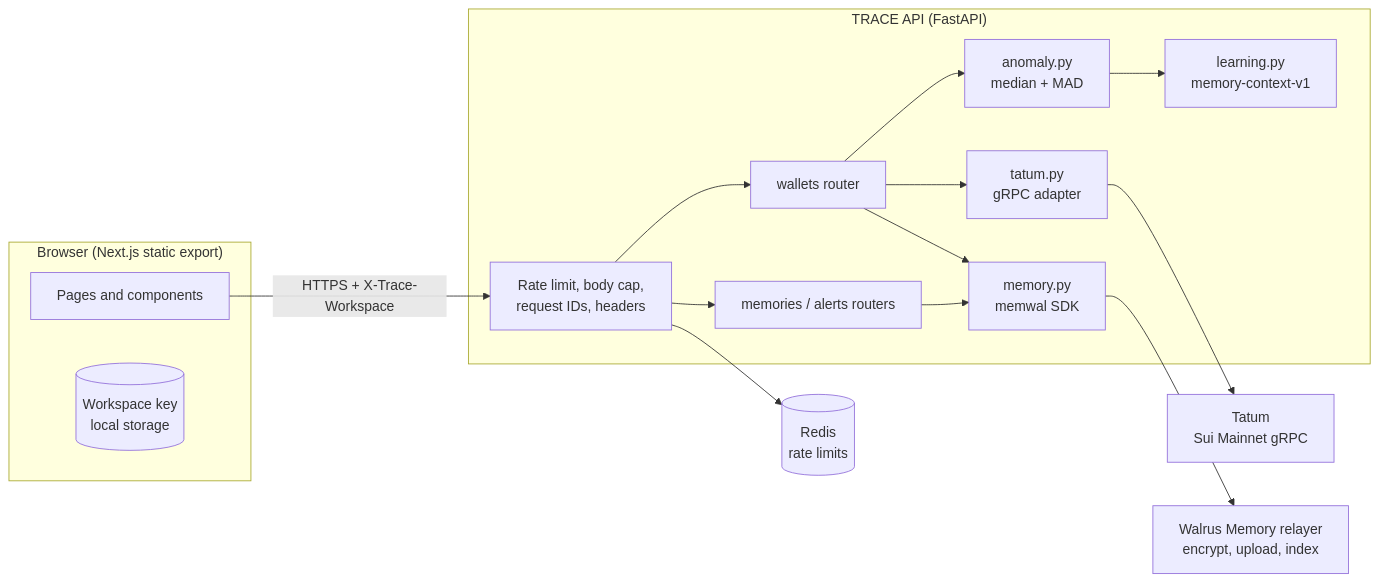
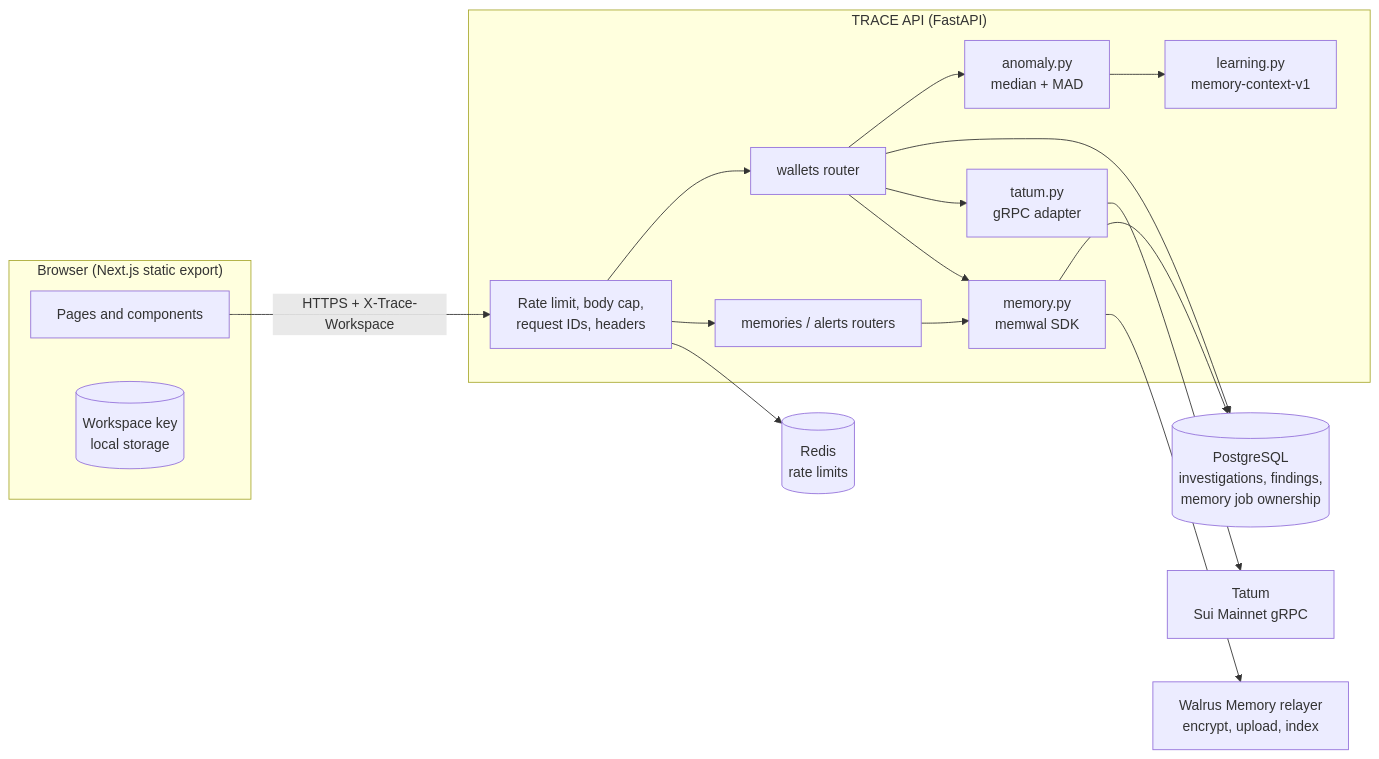
The diagram in README.md (opeblow/TRACE), drawn with Mermaid before and after one commit. The commit also changed other lines of this file, not shown here.

````diff
--- a/README.md
+++ b/README.md
@@ -80,26 +81,29 @@
 ```mermaid
 flowchart LR
   subgraph Browser["Browser (Next.js static export)"]
     UI[Pages and components]
     WS[(Workspace key<br/>local storage)]
   end
   subgraph API["TRACE API (FastAPI)"]
     MW[Rate limit, body cap,<br/>request IDs, headers]
     W[wallets router]
     M[memories / alerts routers]
     T[tatum.py<br/>gRPC adapter]
     A[anomaly.py<br/>median + MAD]
     L[learning.py<br/>memory-context-v1]
     MS[memory.py<br/>memwal SDK]
   end
   R[(Redis<br/>rate limits)]
+  PG[(PostgreSQL<br/>investigations, findings,<br/>memory job ownership)]
   TAT[Tatum<br/>Sui Mainnet gRPC]
   WAL[Walrus Memory relayer<br/>encrypt, upload, index]
 
   UI -- "HTTPS + X-Trace-Workspace" --> MW --> W & M
   W --> T --> TAT
   W --> A --> L
   W --> MS
   M --> MS --> WAL
   MW --> R
+  W --> PG
+  MS --> PG
 ```
````
